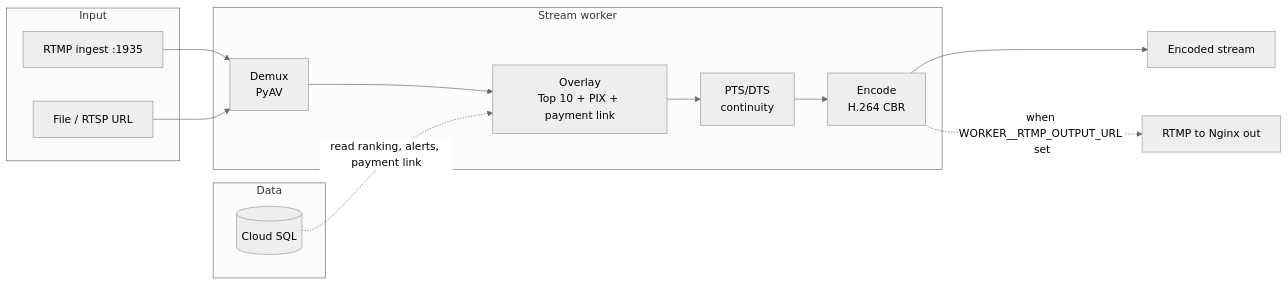
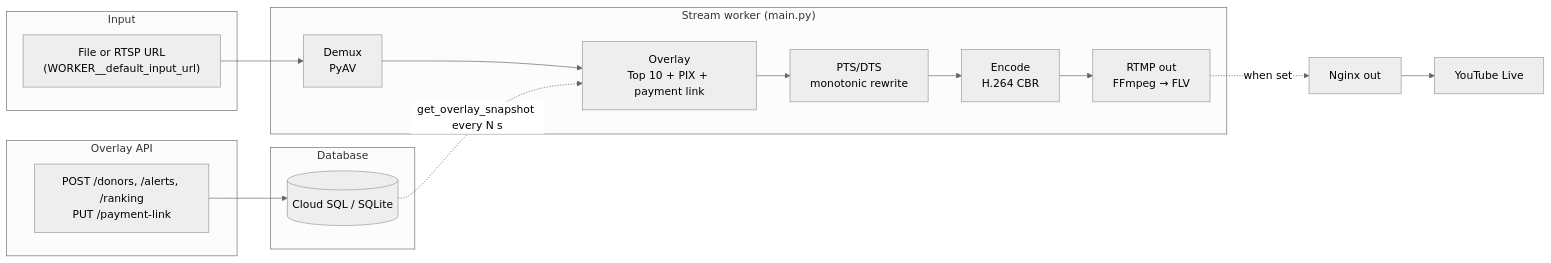
The second of 4 diagrams in README.md (iklobato/donatik-tube), drawn with Mermaid (neutral theme) before and after one commit. The commit also changed other lines of this file, not shown here.

Commit message:
docs: update README with current structure and clearer diagrams

````diff
--- a/README.md
+++ b/README.md
@@ -63,25 +71,29 @@
 ```mermaid
 flowchart LR
-    subgraph Input
-        RTMP[RTMP ingest :1935]
-        FILE[File / RTSP URL]
+    subgraph Input["Input"]
+        FILE["File or RTSP URL<br/>(WORKER__default_input_url)"]
     end
 
-    subgraph Worker["Stream worker"]
-        DEMUX[Demux<br/>PyAV]
-        OVERLAY[Overlay<br/>Top 10 + PIX + payment link]
-        PTS[PTS/DTS<br/>continuity]
-        ENC[Encode<br/>H.264 CBR]
-        DEMUX --> OVERLAY --> PTS --> ENC
+    subgraph Worker["Stream worker (main.py)"]
+        DEMUX["Demux<br/>PyAV"]
+        OVERLAY["Overlay<br/>Top 10 + PIX + payment link"]
+        PTS["PTS/DTS<br/>monotonic rewrite"]
+        ENC["Encode<br/>H.264 CBR"]
+        RTMP["RTMP out<br/>FFmpeg → FLV"]
+        DEMUX --> OVERLAY --> PTS --> ENC --> RTMP
     end
 
-    subgraph Data
-        DB[(Cloud SQL)]
-        DB -.->|read ranking, alerts, payment link| OVERLAY
+    subgraph Data["Database"]
+        DB[(Cloud SQL / SQLite)]
+        DB -.->|get_overlay_snapshot every N s| OVERLAY
     end
 
-    RTMP --> DEMUX
+    subgraph Write["Overlay API"]
+        API_W["POST /donors, /alerts, /ranking<br/>PUT /payment-link"]
+        API_W --> DB
+    end
+
     FILE --> DEMUX
-    ENC --> OUT[Encoded stream]
-    ENC -.->|when WORKER__RTMP_OUTPUT_URL set| RTMPOUT[RTMP to Nginx out]
+    RTMP -.->|when set| NGINX["Nginx out"]
+    NGINX --> YT["YouTube Live"]
 ```
````
